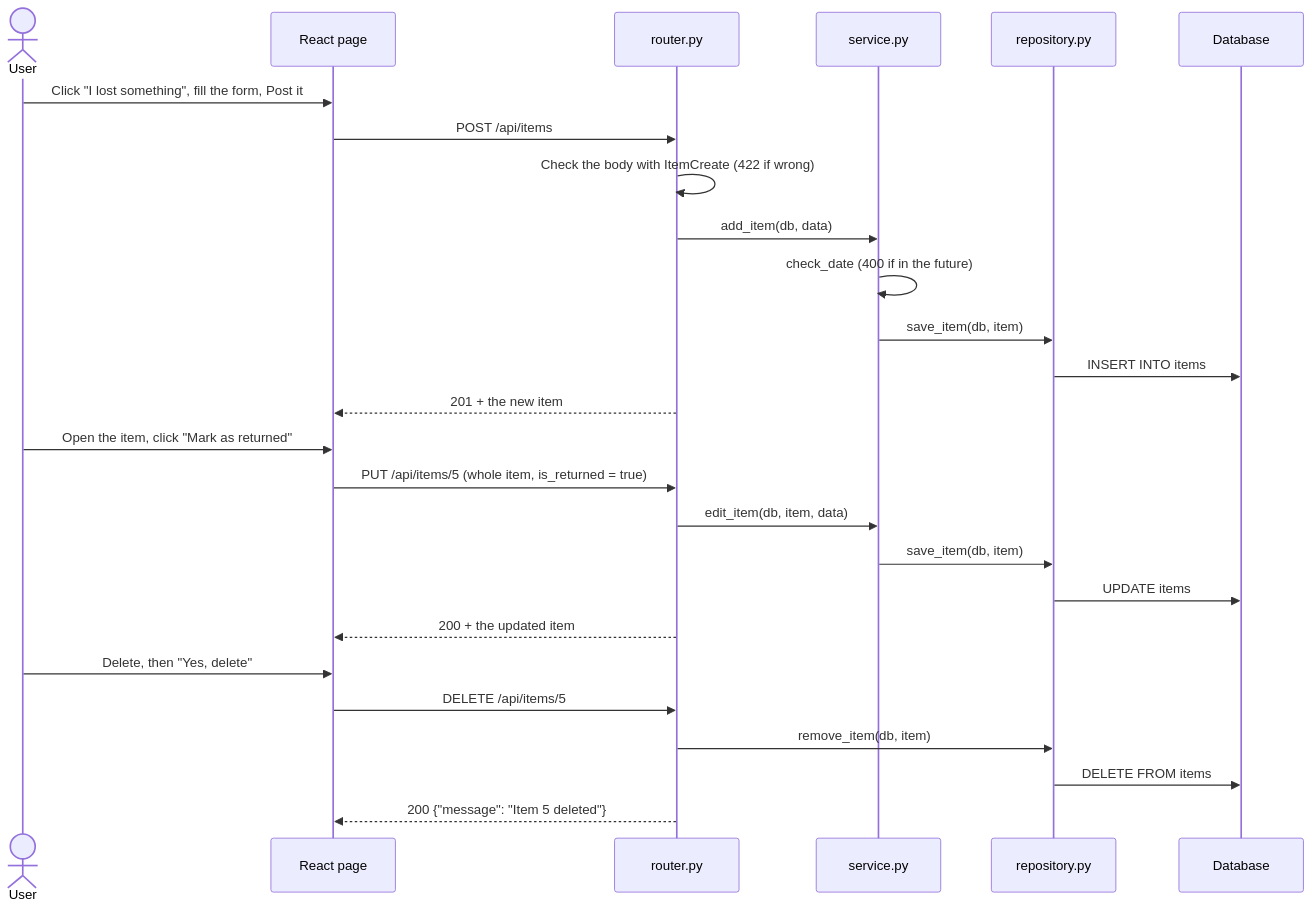
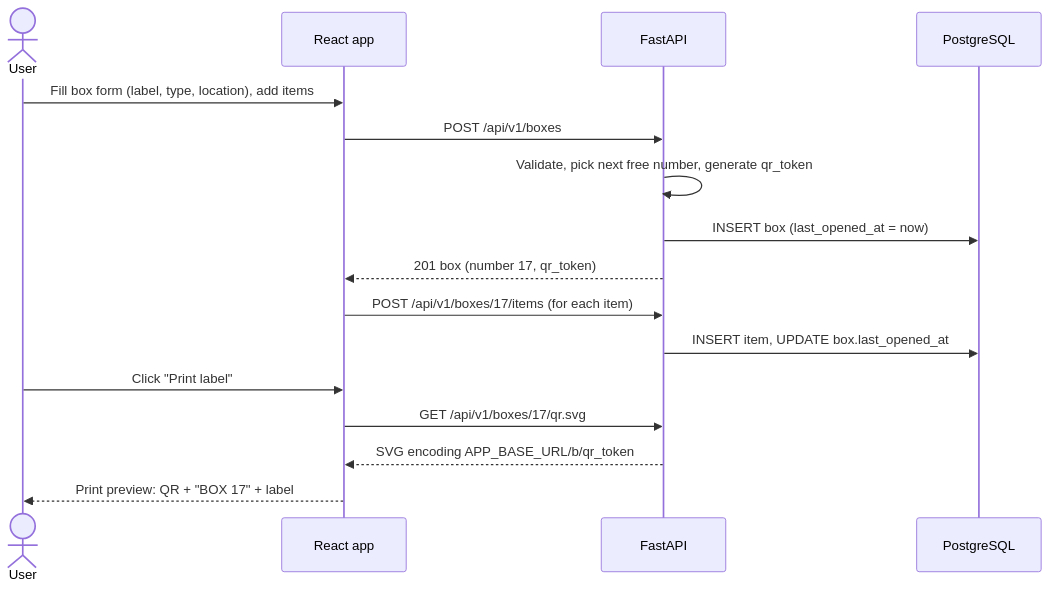
Before and after one commit to zarints05/2311933-S5-BoxBrain: the second of 6 diagrams in docs/03-tdd.md, drawn with Mermaid. The commit also changed other lines of this file and 9 other files, not shown here.

````diff
--- a/docs/03-tdd.md
+++ b/docs/03-tdd.md
@@ -60,28 +109,18 @@
 ```mermaid
 sequenceDiagram
     actor U as User
-    participant UI as React page
-    participant API as router.py
-    participant S as service.py
-    participant R as repository.py
-    participant DB as Database
-    U->>UI: Click "I lost something", fill the form, Post it
-    UI->>API: POST /api/items
-    API->>API: Check the body with ItemCreate (422 if wrong)
-    API->>S: add_item(db, data)
-    S->>S: check_date (400 if in the future)
-    S->>R: save_item(db, item)
-    R->>DB: INSERT INTO items
-    API-->>UI: 201 + the new item
-    U->>UI: Open the item, click "Mark as returned"
-    UI->>API: PUT /api/items/5 (whole item, is_returned = true)
-    API->>S: edit_item(db, item, data)
-    S->>R: save_item(db, item)
-    R->>DB: UPDATE items
-    API-->>UI: 200 + the updated item
-    U->>UI: Delete, then "Yes, delete"
-    UI->>API: DELETE /api/items/5
-    API->>R: remove_item(db, item)
-    R->>DB: DELETE FROM items
-    API-->>UI: 200 {"message": "Item 5 deleted"}
+    participant UI as React app
+    participant API as FastAPI
+    participant DB as PostgreSQL
+    U->>UI: Fill box form (label, type, location), add items
+    UI->>API: POST /api/v1/boxes
+    API->>API: Validate, pick next free number, generate qr_token
+    API->>DB: INSERT box (last_opened_at = now)
+    API-->>UI: 201 box (number 17, qr_token)
+    UI->>API: POST /api/v1/boxes/17/items (for each item)
+    API->>DB: INSERT item, UPDATE box.last_opened_at
+    U->>UI: Click "Print label"
+    UI->>API: GET /api/v1/boxes/17/qr.svg
+    API-->>UI: SVG encoding APP_BASE_URL/b/qr_token
+    UI-->>U: Print preview: QR + "BOX 17" + label
 ```
````
